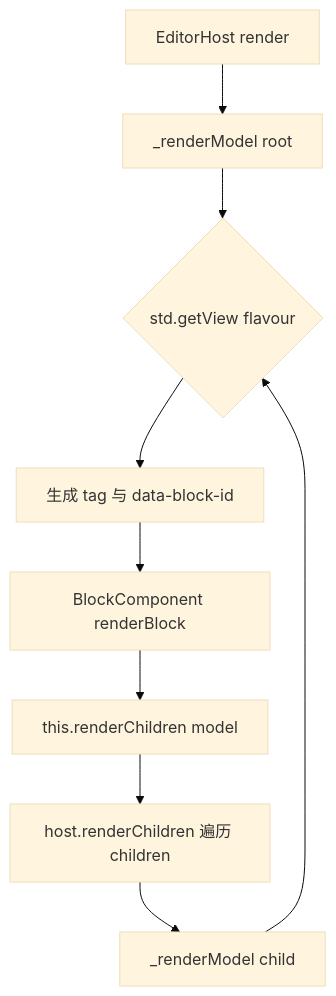
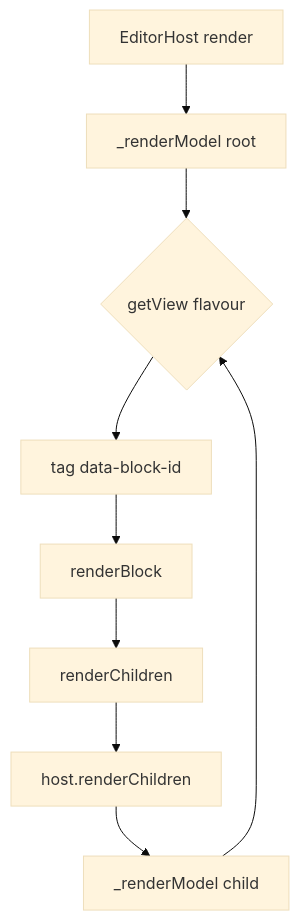
The second of 6 diagrams in learning-guide/slides/decks/13.md (lfire/AFFiNE), drawn with Mermaid (base theme) before and after one commit. The commit also changed other lines of this file and 46 other files, not shown here.

````diff
--- a/learning-guide/slides/decks/13.md
+++ b/learning-guide/slides/decks/13.md
@@ -194,11 +250,11 @@
 ```mermaid
 flowchart TD
-  H[EditorHost render] --> R["_renderModel root"]
-  R --> V{"std.getView flavour"}
-  V --> T["生成 tag 与 data-block-id"]
-  T --> BC[BlockComponent renderBlock]
-  BC --> RC["this.renderChildren model"]
-  RC --> HR["host.renderChildren 遍历 children"]
+  H["EditorHost render"] --> R["_renderModel root"]
+  R --> V{"getView flavour"}
+  V --> T["tag data-block-id"]
+  T --> BC["renderBlock"]
+  BC --> RC["renderChildren"]
+  RC --> HR["host.renderChildren"]
   HR --> R2["_renderModel child"]
   R2 --> V
 ```
````
